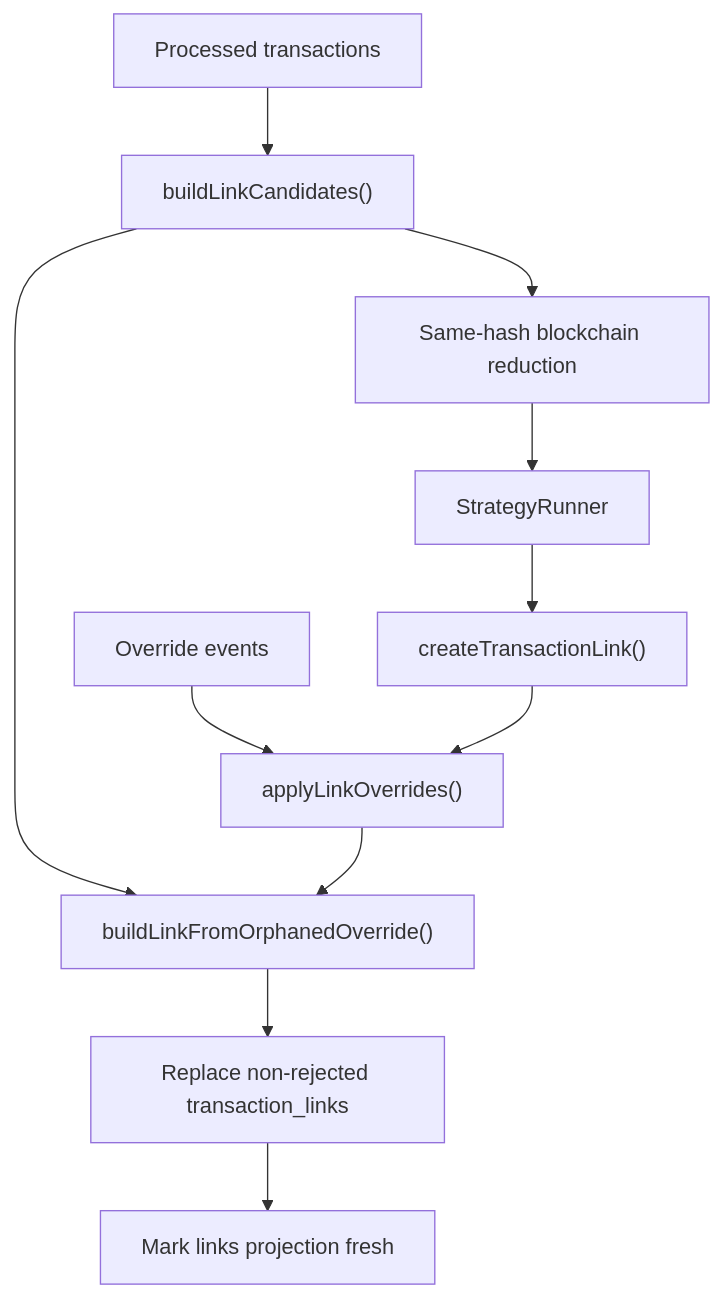
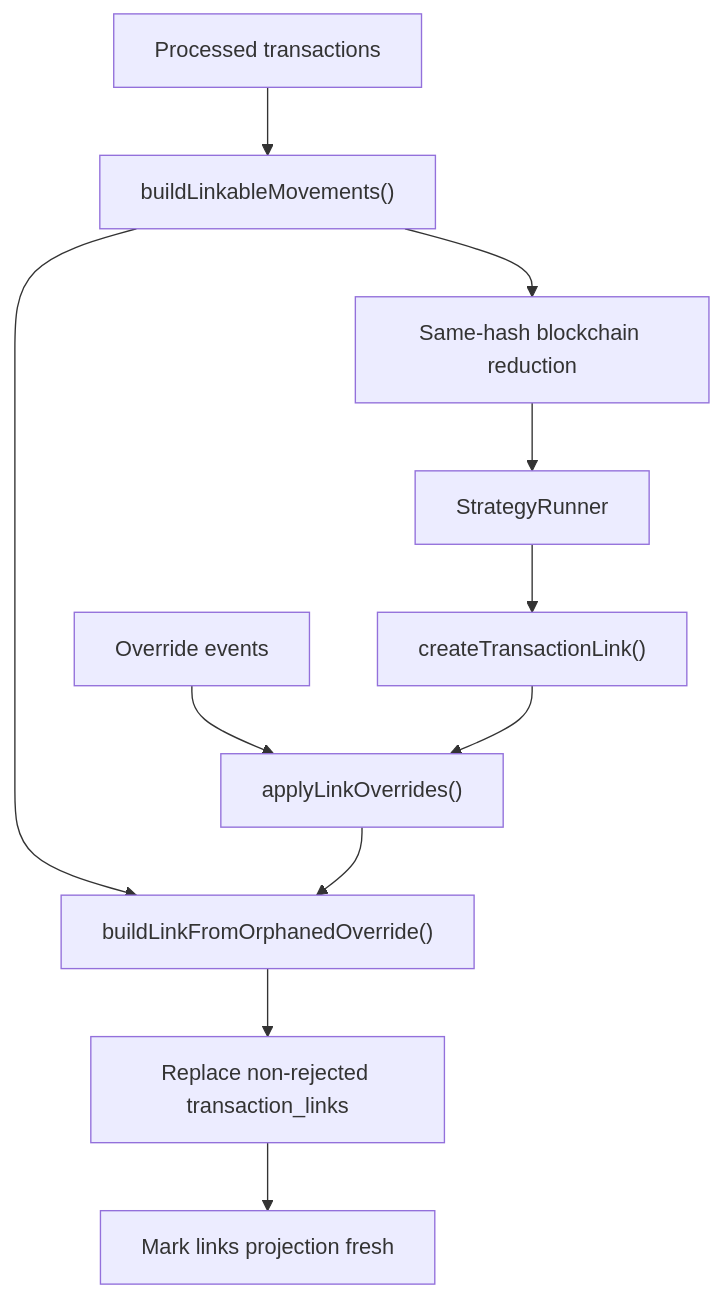
Before and after one commit to jbelanger/exitbook: the diagram in docs/specs/transaction-linking.md, drawn with Mermaid. The commit also changed other lines of this file and 140 other files, not shown here.

````diff
--- a/docs/specs/transaction-linking.md
+++ b/docs/specs/transaction-linking.md
@@ -455,13 +455,13 @@
 ```mermaid
 graph TD
-    A["Processed transactions"] --> B["buildLinkCandidates()"]
+    A["Processed transactions"] --> B["buildLinkableMovements()"]
     B --> C["Same-hash blockchain reduction"]
     C --> D["StrategyRunner"]
     D --> E["createTransactionLink()"]
     F["Override events"] --> G["applyLinkOverrides()"]
     E --> G
     B --> H["buildLinkFromOrphanedOverride()"]
     G --> H
     H --> I["Replace non-rejected transaction_links"]
     I --> J["Mark links projection fresh"]
 ```
````
